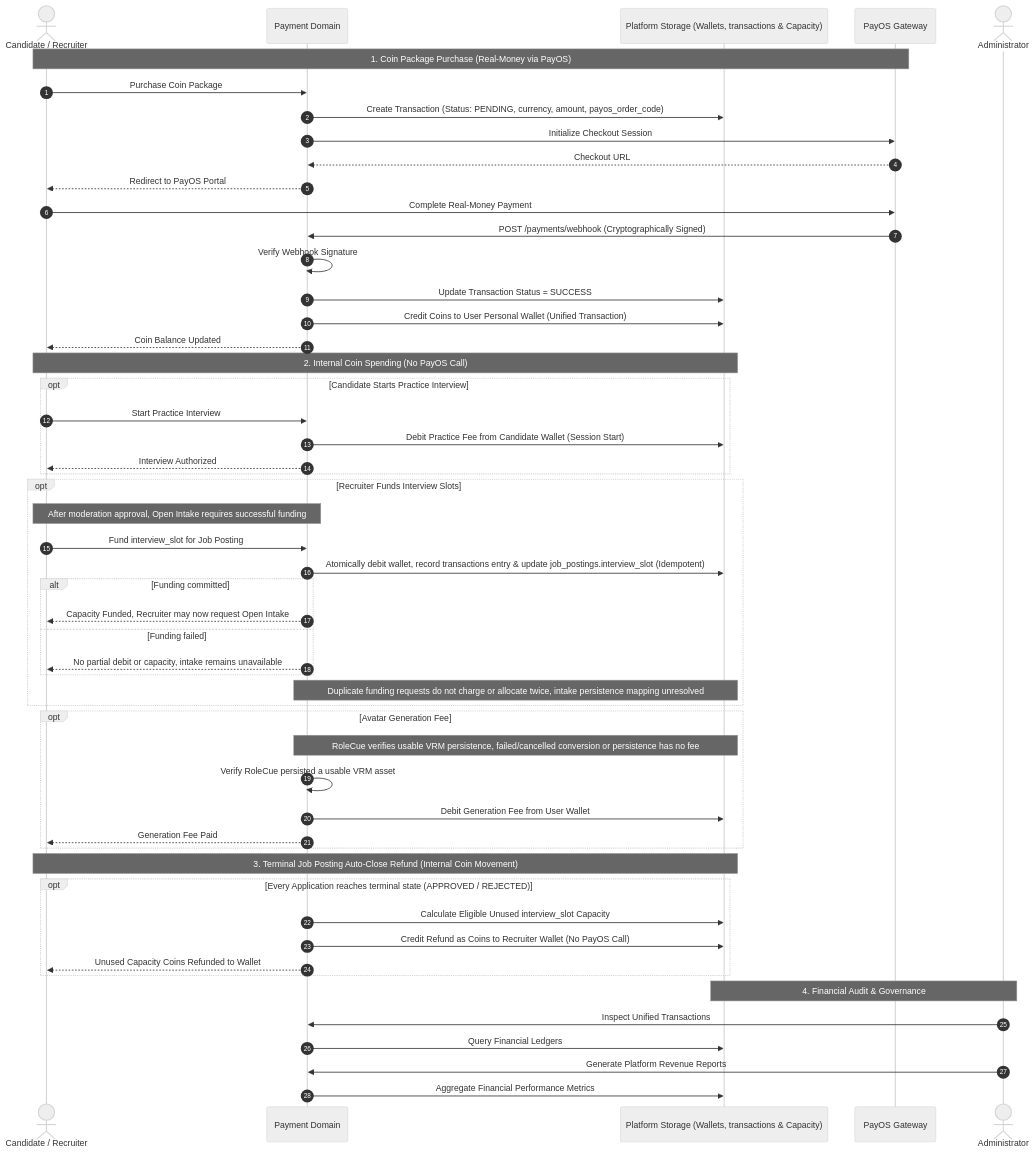
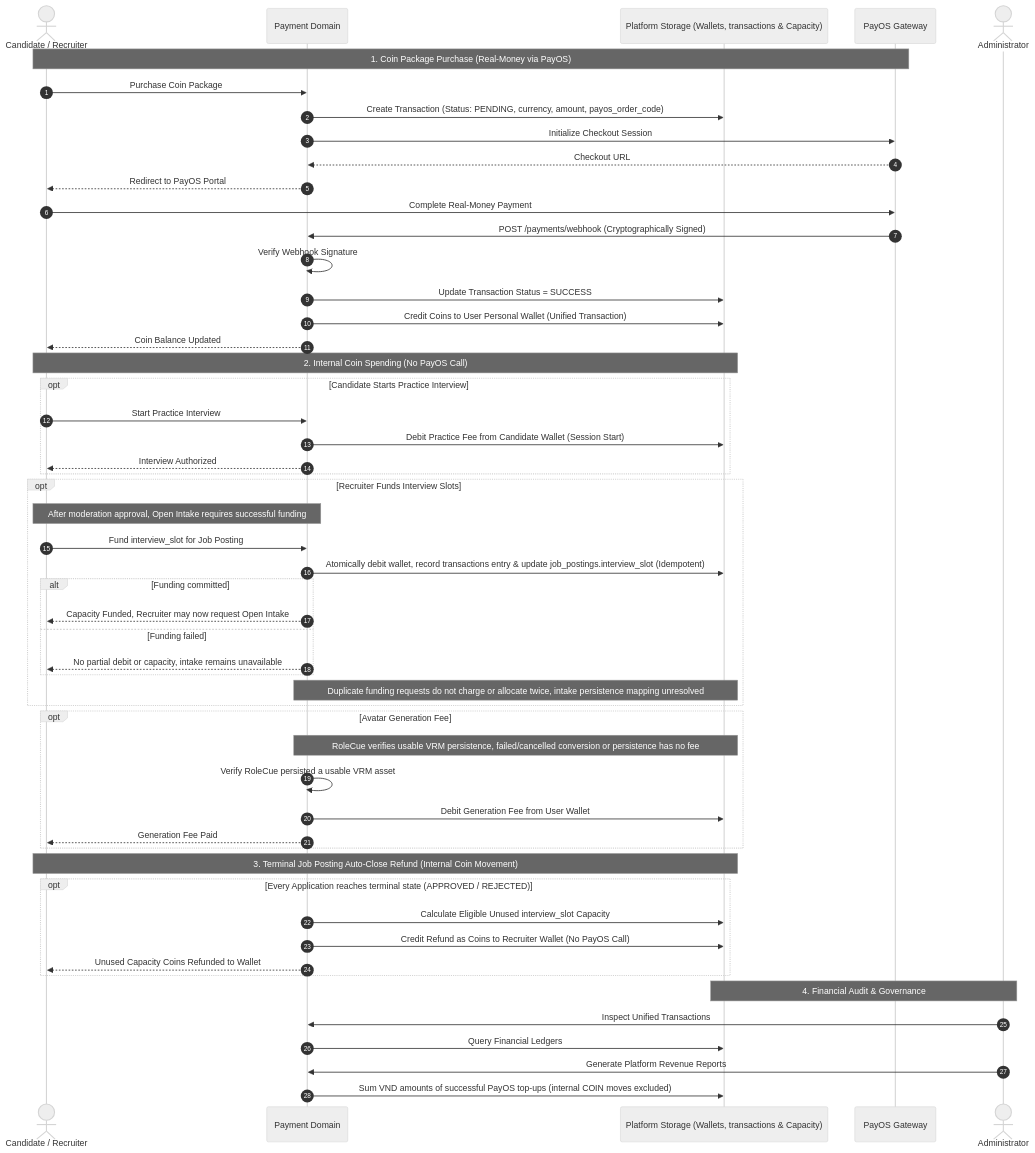
The diagram in 01_Domains/Payment/README.md (cog-forge/role-cue-brain), drawn with Mermaid (neutral theme) before and after one commit. The commit also changed other lines of this file and 14 other files, not shown here.

````diff
--- a/01_Domains/Payment/README.md
+++ b/01_Domains/Payment/README.md
@@ -71,59 +77,59 @@
 ```mermaid
 sequenceDiagram
     autonumber
     actor User as Candidate / Recruiter
     participant Pay as Payment Domain
     participant DB as Platform Storage (Wallets, transactions & Capacity)
     participant PayOS as PayOS Gateway
     actor Admin as Administrator
 
     Note over User,PayOS: 1. Coin Package Purchase (Real-Money via PayOS)
     User->>Pay: Purchase Coin Package
     Pay->>DB: Create Transaction (Status: PENDING, currency, amount, payos_order_code)
     Pay->>PayOS: Initialize Checkout Session
     PayOS-->>Pay: Checkout URL
     Pay-->>User: Redirect to PayOS Portal
     User->>PayOS: Complete Real-Money Payment
     PayOS->>Pay: POST /payments/webhook (Cryptographically Signed)
     Pay->>Pay: Verify Webhook Signature
     Pay->>DB: Update Transaction Status = SUCCESS
     Pay->>DB: Credit Coins to User Personal Wallet (Unified Transaction)
     Pay-->>User: Coin Balance Updated
 
     Note over User,DB: 2. Internal Coin Spending (No PayOS Call)
     opt Candidate Starts Practice Interview
         User->>Pay: Start Practice Interview
         Pay->>DB: Debit Practice Fee from Candidate Wallet (Session Start)
         Pay-->>User: Interview Authorized
     end
     opt Recruiter Funds Interview Slots
         Note over User,Pay: After moderation approval, Open Intake requires successful funding
         User->>Pay: Fund interview_slot for Job Posting
         Pay->>DB: Atomically debit wallet, record transactions entry & update job_postings.interview_slot (Idempotent)
         alt Funding committed
             Pay-->>User: Capacity Funded, Recruiter may now request Open Intake
         else Funding failed
             Pay-->>User: No partial debit or capacity, intake remains unavailable
         end
         Note over Pay,DB: Duplicate funding requests do not charge or allocate twice, intake persistence mapping unresolved
     end
     opt Avatar Generation Fee
         Note over Pay,DB: RoleCue verifies usable VRM persistence, failed/cancelled conversion or persistence has no fee
         Pay->>Pay: Verify RoleCue persisted a usable VRM asset
         Pay->>DB: Debit Generation Fee from User Wallet
         Pay-->>User: Generation Fee Paid
     end
 
     Note over User,DB: 3. Terminal Job Posting Auto-Close Refund (Internal Coin Movement)
     opt Every Application reaches terminal state (APPROVED / REJECTED)
         Pay->>DB: Calculate Eligible Unused interview_slot Capacity
         Pay->>DB: Credit Refund as Coins to Recruiter Wallet (No PayOS Call)
         Pay-->>User: Unused Capacity Coins Refunded to Wallet
     end
 
     Note over Admin,DB: 4. Financial Audit & Governance
     Admin->>Pay: Inspect Unified Transactions
     Pay->>DB: Query Financial Ledgers
     Admin->>Pay: Generate Platform Revenue Reports
-    Pay->>DB: Aggregate Financial Performance Metrics
+    Pay->>DB: Sum VND amounts of successful PayOS top-ups (internal COIN moves excluded)
 ```
````
